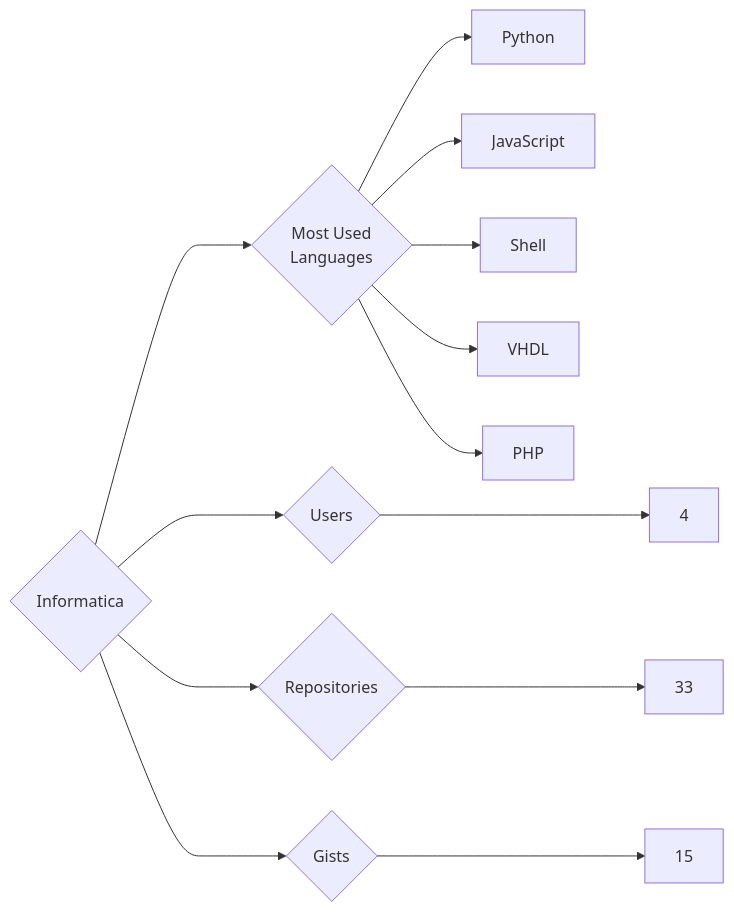
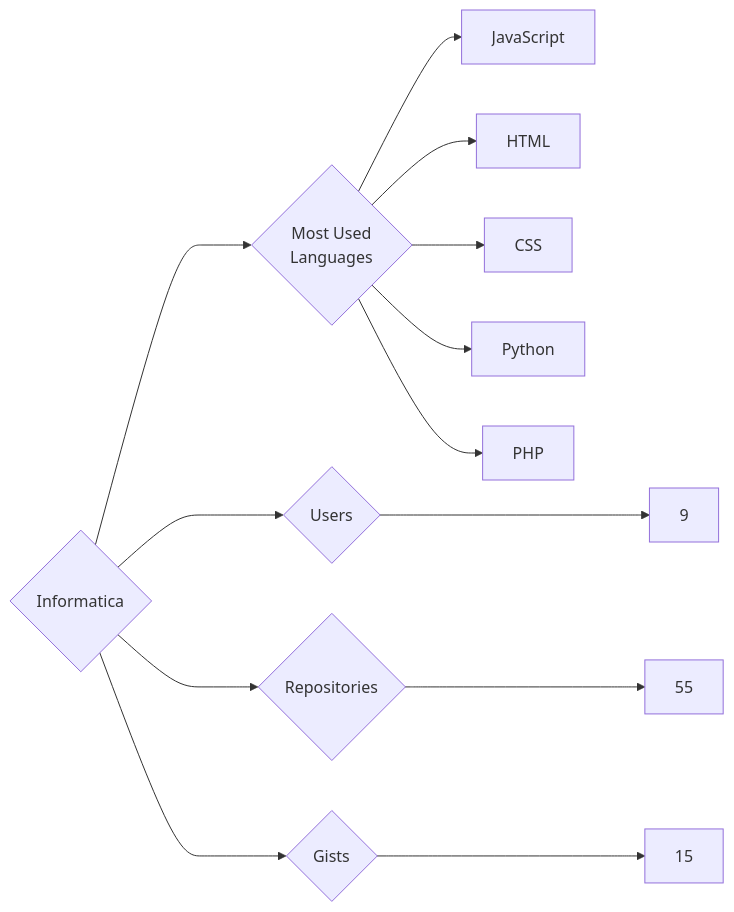
Before and after one commit to trickest/insiders: the diagram in targets/Informatica/README.md, drawn with Mermaid. The commit also changed 1020 other files, not shown here.

````diff
--- a/targets/Informatica/README.md
+++ b/targets/Informatica/README.md
@@ -3,13 +3,13 @@
 ```mermaid
 graph LR
 COMPANY_NAME{Informatica}
-COMPANY_NAME ---> U{Users} ---> UN[4]
-COMPANY_NAME ---> R{Repositories} ---> RN[33]
+COMPANY_NAME ---> U{Users} ---> UN[9]
+COMPANY_NAME ---> R{Repositories} ---> RN[55]
 COMPANY_NAME ---> G{Gists} ---> GN[15]
 COMPANY_NAME ---> ML{Most Used<br>Languages}
+ML --> JavaScript[JavaScript]
+ML --> HTML[HTML]
+ML --> CSS[CSS]
 ML --> Python[Python]
-ML --> JavaScript[JavaScript]
-ML --> Shell[Shell]
-ML --> VHDL[VHDL]
 ML --> PHP[PHP]
 ```
````
